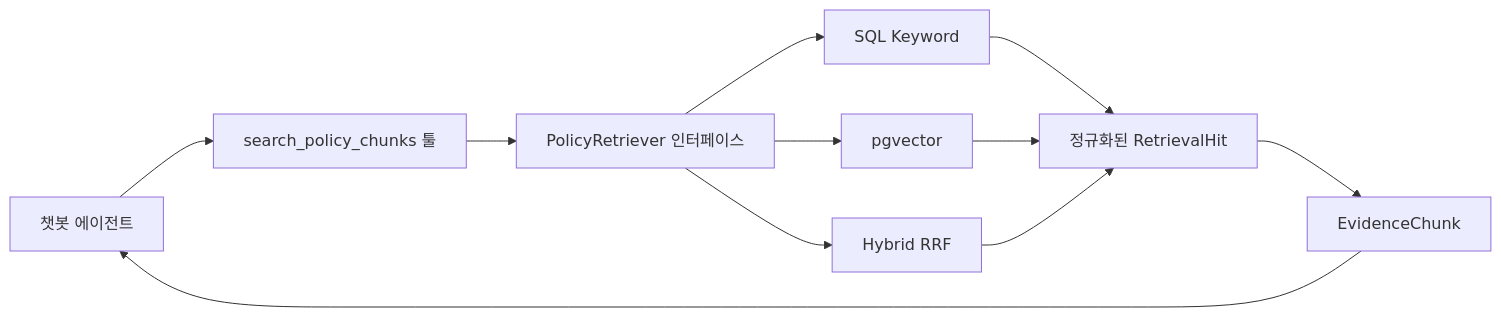
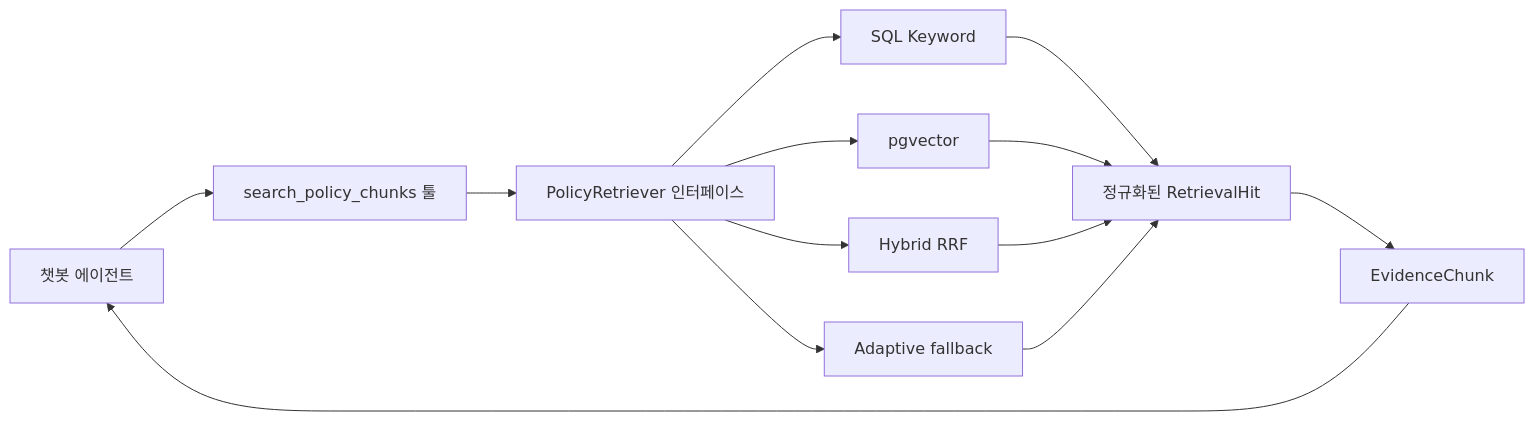
The diagram in docs/RETRIEVAL_PORTFOLIO.md (bistel-mini-2/bistel-mini-2-backend), drawn with Mermaid before and after one commit. The commit also changed other lines of this file and 9 other files, not shown here.

First line of the commit message:
feat(ai): add adaptive retrieval fallback

````diff
--- a/docs/RETRIEVAL_PORTFOLIO.md
+++ b/docs/RETRIEVAL_PORTFOLIO.md
@@ -31,13 +31,15 @@
 ```mermaid
 flowchart LR
     A["챗봇 에이전트"] --> B["search_policy_chunks 툴"]
     B --> C["PolicyRetriever 인터페이스"]
     C --> D["SQL Keyword"]
     C --> E["pgvector"]
     C --> F["Hybrid RRF"]
+    C --> I["Adaptive fallback"]
     D --> G["정규화된 RetrievalHit"]
     E --> G
     F --> G
+    I --> G
     G --> H["EvidenceChunk"]
     H --> A
 ```
````
